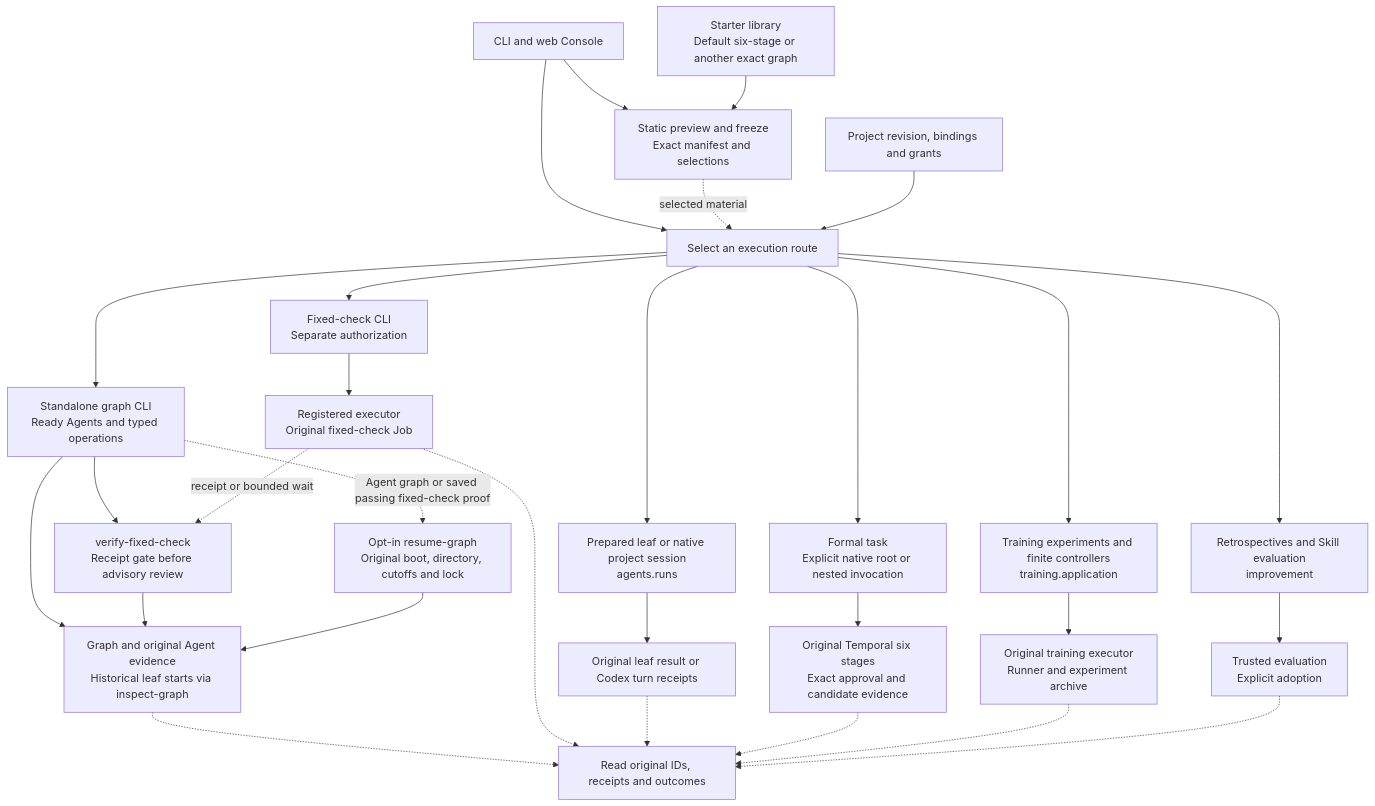
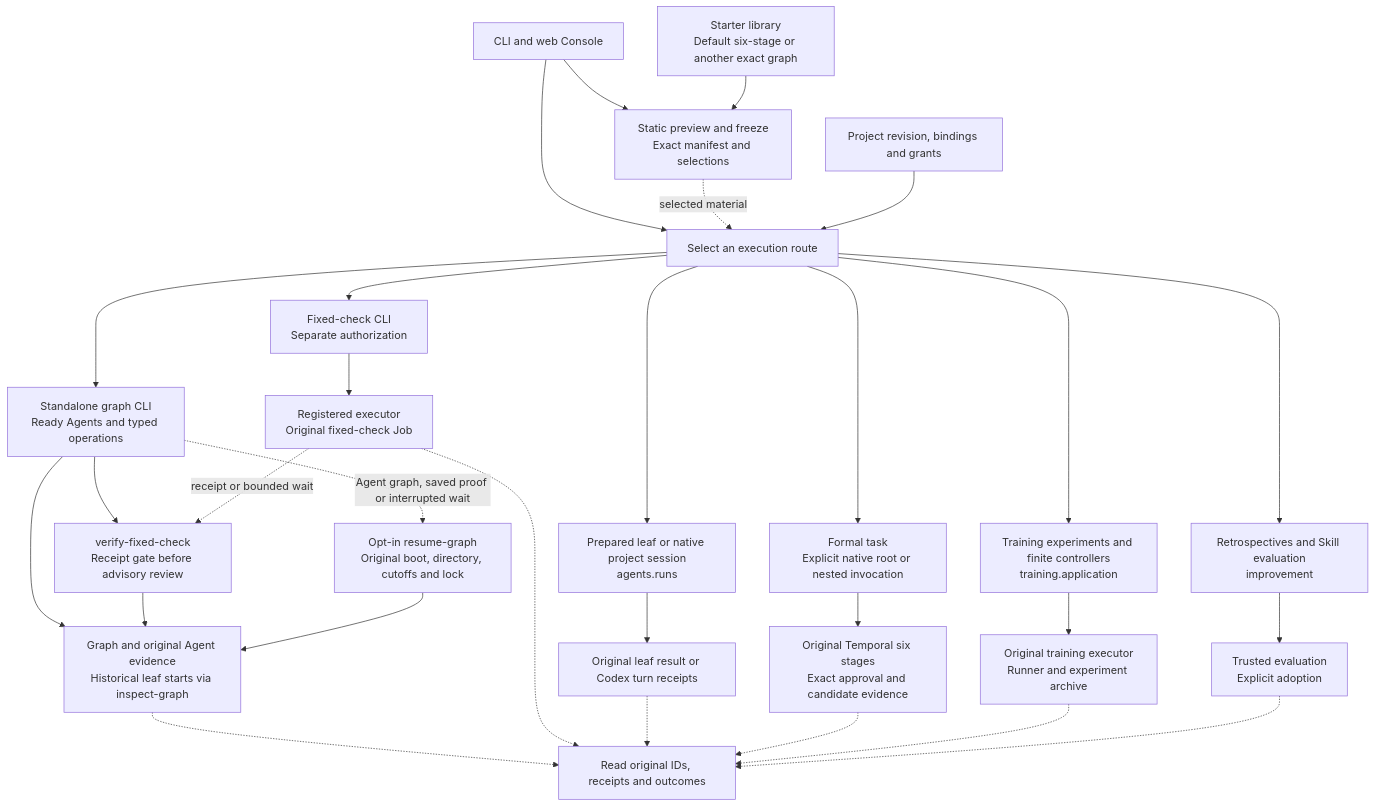
One commit to 626619403/Ergora changed the diagram in docs/architecture/framework-tour.md. Above: the diagram before and after it, drawn with Mermaid. The commit also changed other lines of this file, not shown here.

Commit message:
Document original fixed-check wait continuation

````diff
--- a/docs/architecture/framework-tour.md
+++ b/docs/architecture/framework-tour.md
@@ -13,34 +13,34 @@
 ```mermaid
 flowchart TB
   Entry["CLI and web Console"] --> Select["Select an execution route"]
   Entry --> Freeze["Static preview and freeze<br/>Exact manifest and selections"]
   Assets["Starter library<br/>Default six-stage or another exact graph"] --> Freeze
   Freeze -. "selected material" .-> Select
   Config["Project revision, bindings and grants"] --> Select
 
   Select --> Check["Fixed-check CLI<br/>Separate authorization"]
   Select --> Graph["Standalone graph CLI<br/>Ready Agents and typed operations"]
   Select --> Session["Prepared leaf or native project session<br/>agents.runs"]
   Select --> Dev["Formal task<br/>Explicit native root or nested invocation"]
   Select --> Train["Training experiments and finite controllers<br/>training.application"]
   Select --> Improve["Retrospectives and Skill evaluation<br/>improvement"]
 
   Check --> CheckJob["Registered executor<br/>Original fixed-check Job"]
   Graph --> GraphProof["Graph and original Agent evidence<br/>Historical leaf starts via inspect-graph"]
   Graph --> Gate["verify-fixed-check<br/>Receipt gate before advisory review"]
   CheckJob -. "receipt or bounded wait" .-> Gate
   Gate --> GraphProof
-  Graph -. "Agent graph or saved passing fixed-check proof" .-> Resume["Opt-in resume-graph<br/>Original boot, directory, cutoffs and lock"]
+  Graph -. "Agent graph, saved proof or interrupted wait" .-> Resume["Opt-in resume-graph<br/>Original boot, directory, cutoffs and lock"]
   Resume --> GraphProof
   Session --> Turn["Original leaf result or Codex turn receipts"]
   Dev --> Six["Original Temporal six stages<br/>Exact approval and candidate evidence"]
   Train --> Runner["Original training executor<br/>Runner and experiment archive"]
   Improve --> Eval["Trusted evaluation<br/>Explicit adoption"]
 
   GraphProof -.-> Recover["Read original IDs, receipts and outcomes"]
   CheckJob -.-> Recover
   Turn -.-> Recover
   Six -.-> Recover
   Runner -.-> Recover
   Eval -.-> Recover
 ```
````
